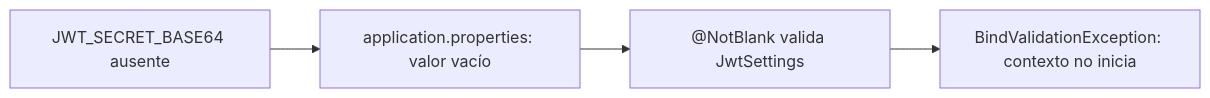
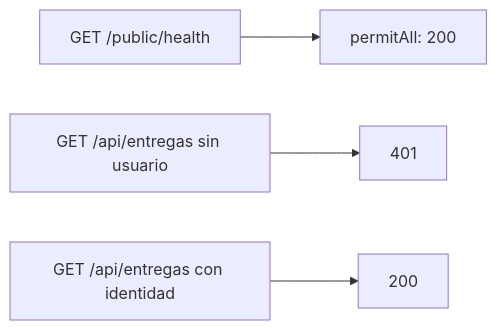
Before and after one commit to NICORUIZ93/The_Imperial_Book: the first of 4 diagrams in web/public/content/spring-boot/modulo-5.md, drawn with Mermaid. The commit also changed other lines of this file and 125 other files, not shown here.

````diff
--- a/web/public/content/spring-boot/modulo-5.md
+++ b/web/public/content/spring-boot/modulo-5.md
@@ -201,6 +18,6 @@
 ```mermaid
 flowchart LR
-  A["JWT_SECRET_BASE64 ausente"] --> B["application.properties: valor vacío"]
-  B --> C["@NotBlank valida JwtSettings"]
-  C --> D["BindValidationException: contexto no inicia"]
+  A["GET /public/health"] --> B["permitAll: 200"]
+  C["GET /api/entregas sin usuario"] --> D["401"]
+  E["GET /api/entregas con identidad"] --> F["200"]
 ```
````
